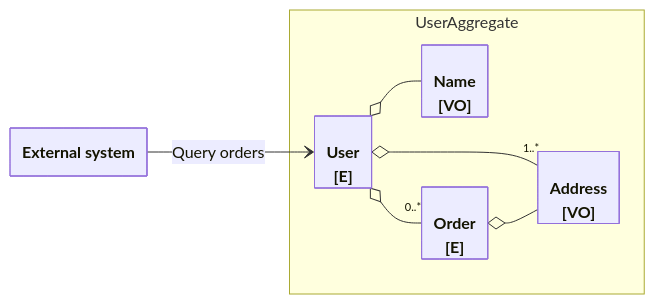
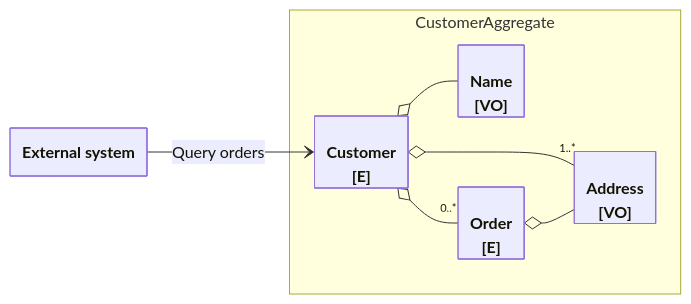
The ninth of 12 diagrams in software-dev/DDD.md (hoangbv15/my-notes), drawn with Mermaid before and after one commit. The commit also changed other lines of this file, not shown here.

````diff
--- a/software-dev/DDD.md
+++ b/software-dev/DDD.md
@@ -263,22 +265,22 @@
 ```mermaid
 ---
   config:
     class:
       hideEmptyMembersBox: true
 ---
 classDiagram
-  namespace UserAggregate {
-    class User["User<br/>[E]"]
+  namespace CustomerAggregate {
+    class Customer["Customer<br/>[E]"]
     class Name["Name<br/>[VO]"]
     class Address["Address<br/>[VO]"]
     class Order["Order<br/>[E]"]
   }
-  User o-- Name
-  User o-- "1..*" Address
-  User o-- "0..*" Order
+  Customer o-- Name
+  Customer o-- "1..*" Address
+  Customer o-- "0..*" Order
   Order o-- Address
 
   class External["External system"]
   direction LR
-  External --> User: Query orders
+  External --> Customer: Query orders
 ```
````
